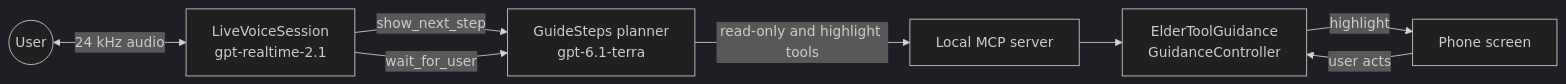
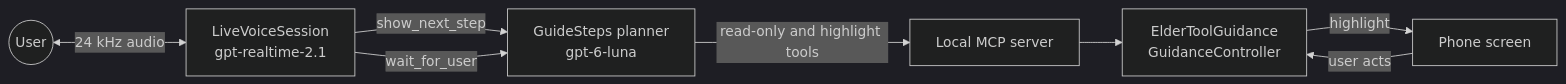
The second of 7 diagrams in docs/ARCHITECTURE.md (InThon-Team10/android-remote-control-mcp), drawn with Mermaid (dark theme) before and after one commit. The commit also changed other lines of this file and 5 other files, not shown here.

First line of the commit message:
feat: plan guidance steps with gpt-6-luna

````diff
--- a/docs/ARCHITECTURE.md
+++ b/docs/ARCHITECTURE.md
@@ -92,10 +92,10 @@
 ```mermaid
 flowchart LR
     User((User)) <-->|24 kHz audio| Voice[LiveVoiceSession<br/>gpt-realtime-2.1]
-    Voice -->|show_next_step| Guide[GuideSteps planner<br/>gpt-6.1-terra]
+    Voice -->|show_next_step| Guide[GuideSteps planner<br/>gpt-6-luna]
     Voice -->|wait_for_user| Guide
     Guide -->|read-only and highlight tools| MCP[Local MCP server]
     MCP --> Guidance[ElderToolGuidance<br/>GuidanceController]
     Guidance -->|highlight| Screen[Phone screen]
     Screen -->|user acts| Guidance
 ```
````
